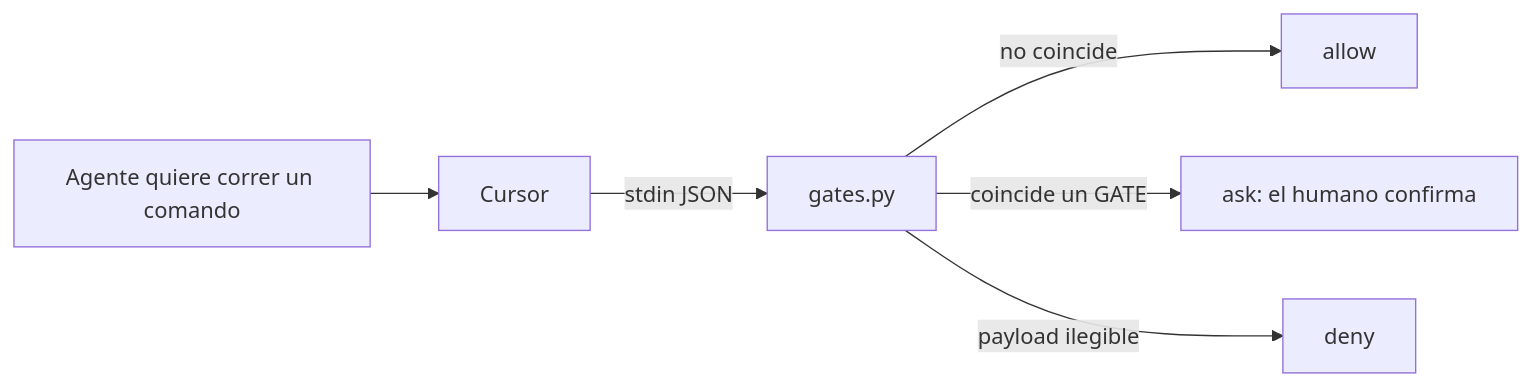
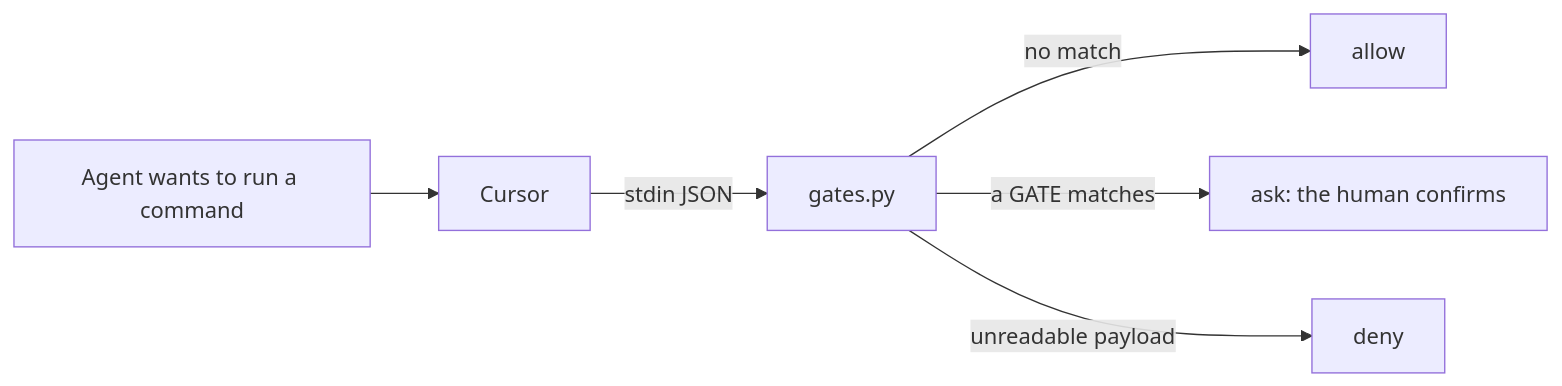
The diagram in docs/concepts/hooks.md (AbdielFco/why-harness), drawn with Mermaid before and after one commit. The commit also changed other lines of this file and 55 other files, not shown here.

````diff
--- a/docs/concepts/hooks.md
+++ b/docs/concepts/hooks.md
@@ -22,8 +24,8 @@
 ```mermaid
 flowchart LR
-  agent["Agente quiere correr un comando"] --> cursor["Cursor"]
+  agent["Agent wants to run a command"] --> cursor["Cursor"]
   cursor -->|"stdin JSON"| gates["gates.py"]
-  gates -->|"no coincide"| allow["allow"]
-  gates -->|"coincide un GATE"| ask["ask: el humano confirma"]
-  gates -->|"payload ilegible"| deny["deny"]
+  gates -->|"no match"| allow["allow"]
+  gates -->|"a GATE matches"| ask["ask: the human confirms"]
+  gates -->|"unreadable payload"| deny["deny"]
 ```
````
